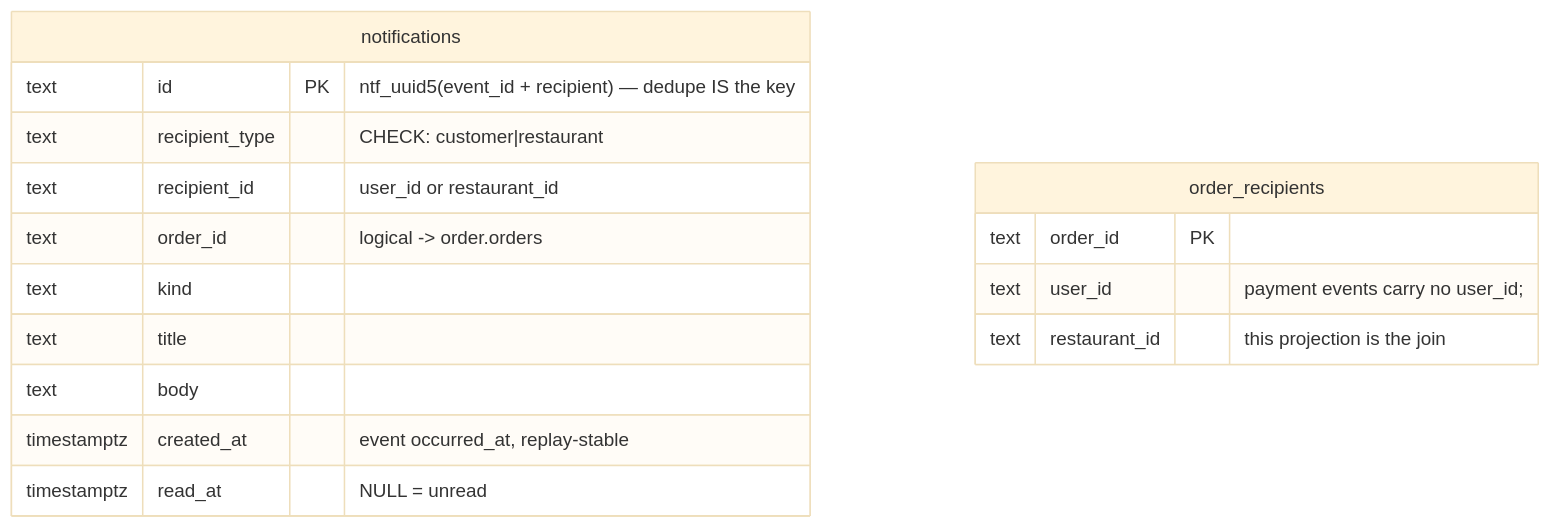
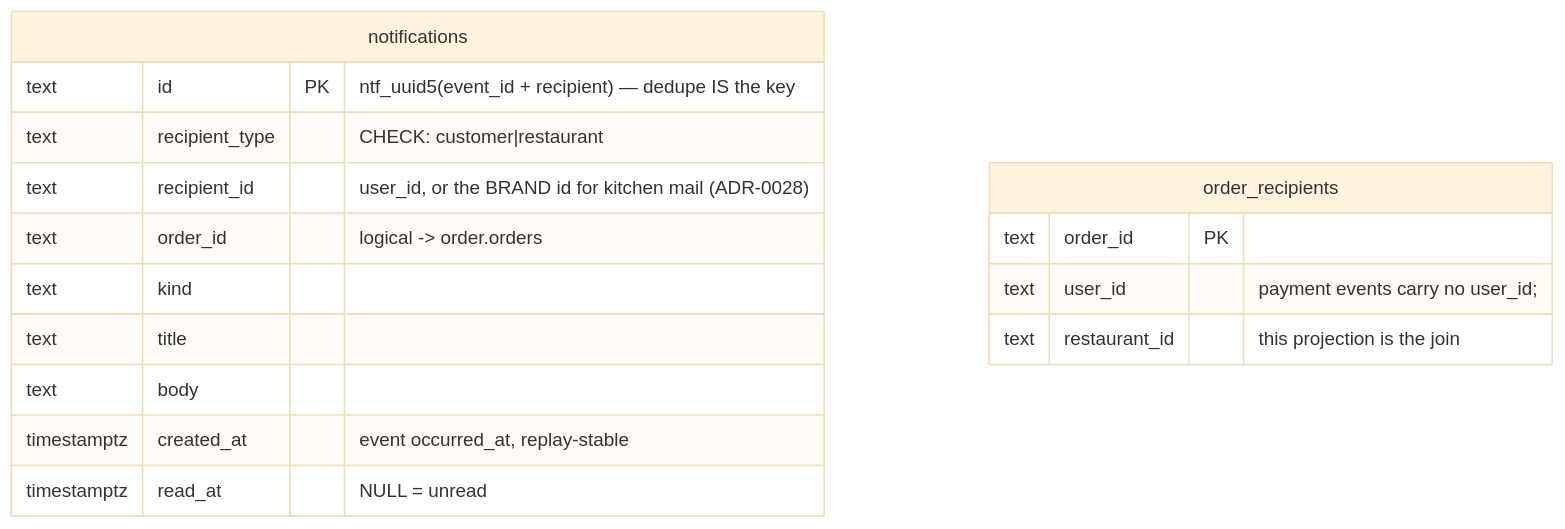
One commit to Aizazahmed-7/SmartFoodOps changed the sixth of 7 diagrams in docs/erd.md. Above: the diagram before and after it, drawn with Mermaid (base theme). The commit also changed other lines of this file and 69 other files, not shown here.

````diff
--- a/docs/erd.md
+++ b/docs/erd.md
@@ -408,19 +428,19 @@
 ```mermaid
 erDiagram
     notifications {
         text id PK "ntf_uuid5(event_id + recipient) — dedupe IS the key"
         text recipient_type "CHECK: customer|restaurant"
-        text recipient_id "user_id or restaurant_id"
+        text recipient_id "user_id, or the BRAND id for kitchen mail (ADR-0028)"
         text order_id "logical -> order.orders"
         text kind
         text title
         text body
         timestamptz created_at "event occurred_at, replay-stable"
         timestamptz read_at "NULL = unread"
     }
     order_recipients {
         text order_id PK
         text user_id "payment events carry no user_id;"
         text restaurant_id "this projection is the join"
     }
 ```
````
